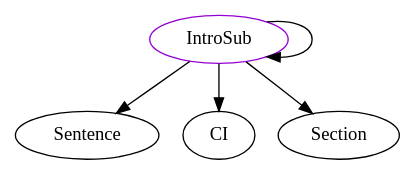
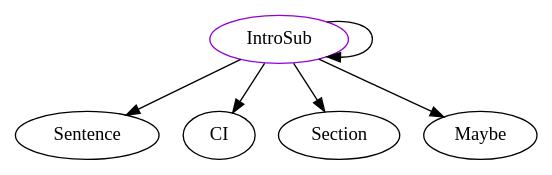
The diagram in analysis/TypeDependencyGraphs/docLang/IntroSub.dot (JacquesCarette/Drasil), drawn with Graphviz before and after one commit. The commit also changed 516 other files, not shown here.

```diff
--- a/analysis/TypeDependencyGraphs/docLang/IntroSub.dot
+++ b/analysis/TypeDependencyGraphs/docLang/IntroSub.dot
@@ -1,7 +1,8 @@
 digraph introsub{
 IntroSub	[shape=oval, color=darkviolet, label="IntroSub"];
 IntroSub -> Sentence;
 IntroSub -> IntroSub;
 IntroSub -> CI;
 IntroSub -> Section;
+IntroSub -> Maybe;
 }
```
